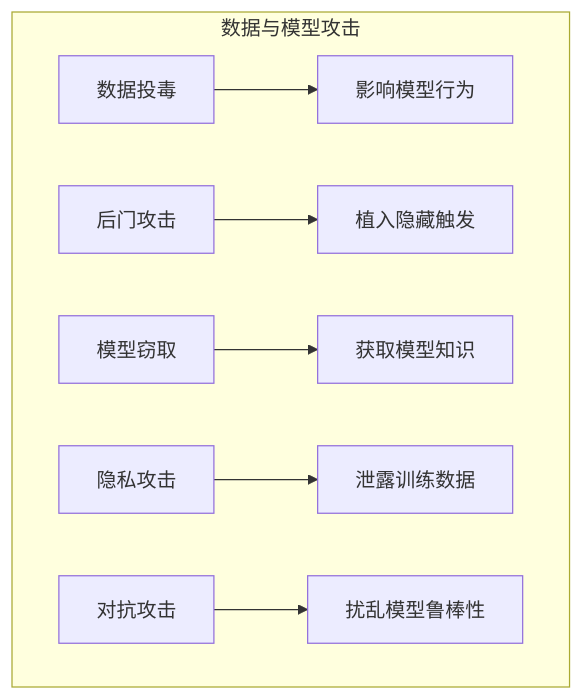
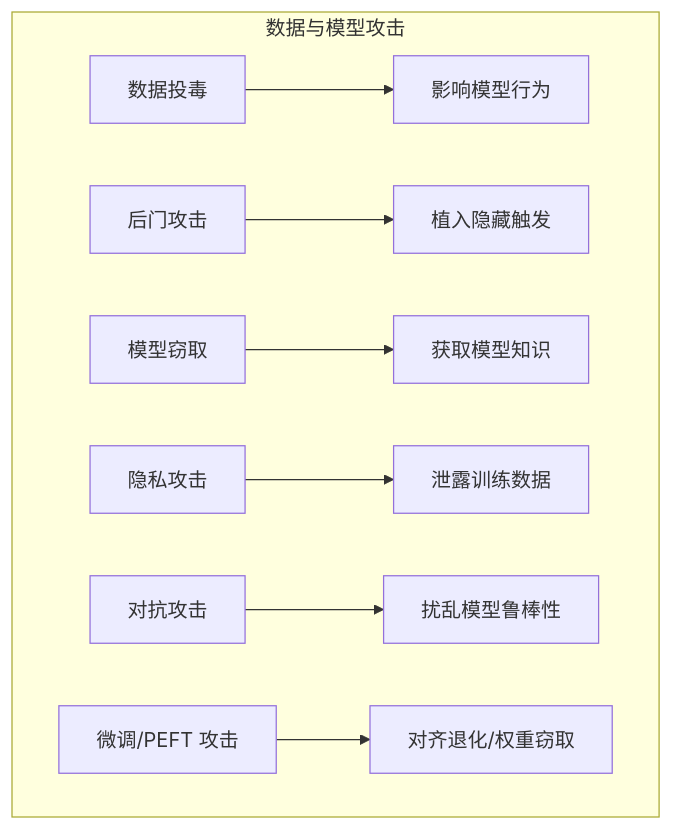
One commit to yeasy/ai_security_guide changed the diagram in 06_data_model_attacks/summary.md. Above: the diagram before and after it, drawn with Mermaid. The commit also changed other lines of this file and 6 other files, not shown here.

````diff
--- a/06_data_model_attacks/summary.md
+++ b/06_data_model_attacks/summary.md
@@ -19,10 +21,11 @@
 ```mermaid
 graph TB
     subgraph "数据与模型攻击"
     A["数据投毒"] --> E["影响模型行为"]
     B["后门攻击"] --> F["植入隐藏触发"]
     C["模型窃取"] --> G["获取模型知识"]
     D["隐私攻击"] --> H["泄露训练数据"]
     I["对抗攻击"] --> J["扰乱模型鲁棒性"]
+    K["微调/PEFT 攻击"] --> L["对齐退化/权重窃取"]
     end
 ```
````
